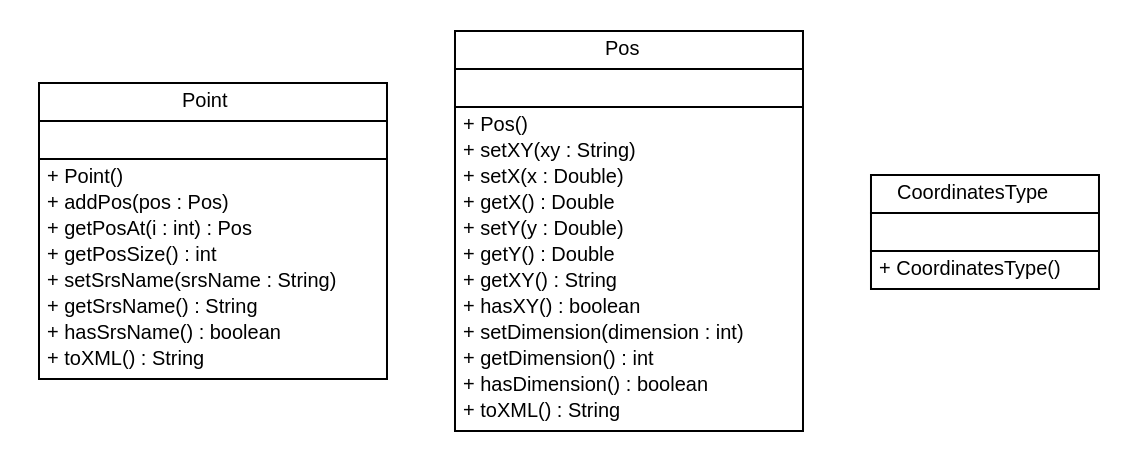
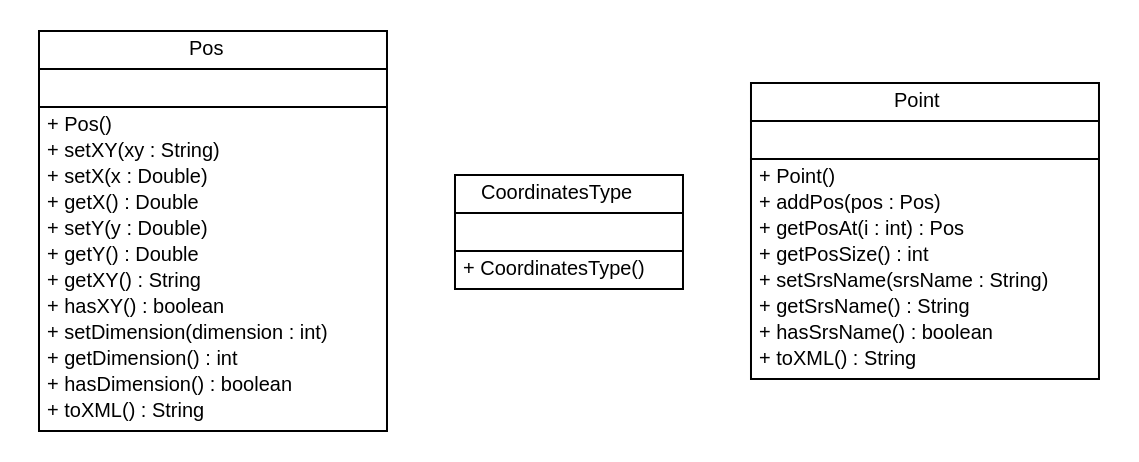
One commit to geozet/openls-databinding changed the diagram in apidocs/nl/geozet/openls/databinding/gml/nl.geozet.openls.databinding.gml.dot. Above: the diagram before and after it, drawn with Graphviz. The commit also changed 258 other files, not shown here.

```diff
--- a/apidocs/nl/geozet/openls/databinding/gml/nl.geozet.openls.databinding.gml.dot
+++ b/apidocs/nl/geozet/openls/databinding/gml/nl.geozet.openls.databinding.gml.dot
@@ -1,66 +1,66 @@
 #!/usr/local/bin/dot
 #
 # Class diagram 
 # Generated by UMLGraph version R5_6-24-gf6e263 (http://www.umlgraph.org/)
 #
 
 digraph G {
 	edge [fontname="Helvetica",fontsize=10,labelfontname="Helvetica",labelfontsize=10];
 	node [fontname="Helvetica",fontsize=10,shape=plaintext];
 	nodesep=0.25;
 	ranksep=0.5;
-	// nl.geozet.openls.databinding.gml.Point
-	c37 [label=<<table title="nl.geozet.openls.databinding.gml.Point" border="0" cellborder="1" cellspacing="0" cellpadding="2" port="p" href="./Point.html">
-		<tr><td><table border="0" cellspacing="0" cellpadding="1">
-<tr><td align="center" balign="center"> Point </td></tr>
-		</table></td></tr>
-		<tr><td><table border="0" cellspacing="0" cellpadding="1">
-<tr><td align="left" balign="left">  </td></tr>
-		</table></td></tr>
-		<tr><td><table border="0" cellspacing="0" cellpadding="1">
-<tr><td align="left" balign="left"> + Point() </td></tr>
-<tr><td align="left" balign="left"> + addPos(pos : Pos) </td></tr>
-<tr><td align="left" balign="left"> + getPosAt(i : int) : Pos </td></tr>
-<tr><td align="left" balign="left"> + getPosSize() : int </td></tr>
-<tr><td align="left" balign="left"> + setSrsName(srsName : String) </td></tr>
-<tr><td align="left" balign="left"> + getSrsName() : String </td></tr>
-<tr><td align="left" balign="left"> + hasSrsName() : boolean </td></tr>
-<tr><td align="left" balign="left"> + toXML() : String </td></tr>
-		</table></td></tr>
-		</table>>, URL="./Point.html", fontname="Helvetica", fontcolor="black", fontsize=10.0];
 	// nl.geozet.openls.databinding.gml.Pos
-	c38 [label=<<table title="nl.geozet.openls.databinding.gml.Pos" border="0" cellborder="1" cellspacing="0" cellpadding="2" port="p" href="./Pos.html">
+	c47 [label=<<table title="nl.geozet.openls.databinding.gml.Pos" border="0" cellborder="1" cellspacing="0" cellpadding="2" port="p" href="./Pos.html">
 		<tr><td><table border="0" cellspacing="0" cellpadding="1">
 <tr><td align="center" balign="center"> Pos </td></tr>
 		</table></td></tr>
 		<tr><td><table border="0" cellspacing="0" cellpadding="1">
 <tr><td align="left" balign="left">  </td></tr>
 		</table></td></tr>
 		<tr><td><table border="0" cellspacing="0" cellpadding="1">
 <tr><td align="left" balign="left"> + Pos() </td></tr>
 <tr><td align="left" balign="left"> + setXY(xy : String) </td></tr>
 <tr><td align="left" balign="left"> + setX(x : Double) </td></tr>
 <tr><td align="left" balign="left"> + getX() : Double </td></tr>
 <tr><td align="left" balign="left"> + setY(y : Double) </td></tr>
 <tr><td align="left" balign="left"> + getY() : Double </td></tr>
 <tr><td align="left" balign="left"> + getXY() : String </td></tr>
 <tr><td align="left" balign="left"> + hasXY() : boolean </td></tr>
 <tr><td align="left" balign="left"> + setDimension(dimension : int) </td></tr>
 <tr><td align="left" balign="left"> + getDimension() : int </td></tr>
 <tr><td align="left" balign="left"> + hasDimension() : boolean </td></tr>
 <tr><td align="left" balign="left"> + toXML() : String </td></tr>
 		</table></td></tr>
 		</table>>, URL="./Pos.html", fontname="Helvetica", fontcolor="black", fontsize=10.0];
 	// nl.geozet.openls.databinding.gml.CoordinatesType
-	c39 [label=<<table title="nl.geozet.openls.databinding.gml.CoordinatesType" border="0" cellborder="1" cellspacing="0" cellpadding="2" port="p" href="./CoordinatesType.html">
+	c48 [label=<<table title="nl.geozet.openls.databinding.gml.CoordinatesType" border="0" cellborder="1" cellspacing="0" cellpadding="2" port="p" href="./CoordinatesType.html">
 		<tr><td><table border="0" cellspacing="0" cellpadding="1">
 <tr><td align="center" balign="center"> CoordinatesType </td></tr>
 		</table></td></tr>
 		<tr><td><table border="0" cellspacing="0" cellpadding="1">
 <tr><td align="left" balign="left">  </td></tr>
 		</table></td></tr>
 		<tr><td><table border="0" cellspacing="0" cellpadding="1">
 <tr><td align="left" balign="left"> + CoordinatesType() </td></tr>
 		</table></td></tr>
 		</table>>, URL="./CoordinatesType.html", fontname="Helvetica", fontcolor="black", fontsize=10.0];
+	// nl.geozet.openls.databinding.gml.Point
+	c49 [label=<<table title="nl.geozet.openls.databinding.gml.Point" border="0" cellborder="1" cellspacing="0" cellpadding="2" port="p" href="./Point.html">
+		<tr><td><table border="0" cellspacing="0" cellpadding="1">
+<tr><td align="center" balign="center"> Point </td></tr>
+		</table></td></tr>
+		<tr><td><table border="0" cellspacing="0" cellpadding="1">
+<tr><td align="left" balign="left">  </td></tr>
+		</table></td></tr>
+		<tr><td><table border="0" cellspacing="0" cellpadding="1">
+<tr><td align="left" balign="left"> + Point() </td></tr>
+<tr><td align="left" balign="left"> + addPos(pos : Pos) </td></tr>
+<tr><td align="left" balign="left"> + getPosAt(i : int) : Pos </td></tr>
+<tr><td align="left" balign="left"> + getPosSize() : int </td></tr>
+<tr><td align="left" balign="left"> + setSrsName(srsName : String) </td></tr>
+<tr><td align="left" balign="left"> + getSrsName() : String </td></tr>
+<tr><td align="left" balign="left"> + hasSrsName() : boolean </td></tr>
+<tr><td align="left" balign="left"> + toXML() : String </td></tr>
+		</table></td></tr>
+		</table>>, URL="./Point.html", fontname="Helvetica", fontcolor="black", fontsize=10.0];
 }
```
